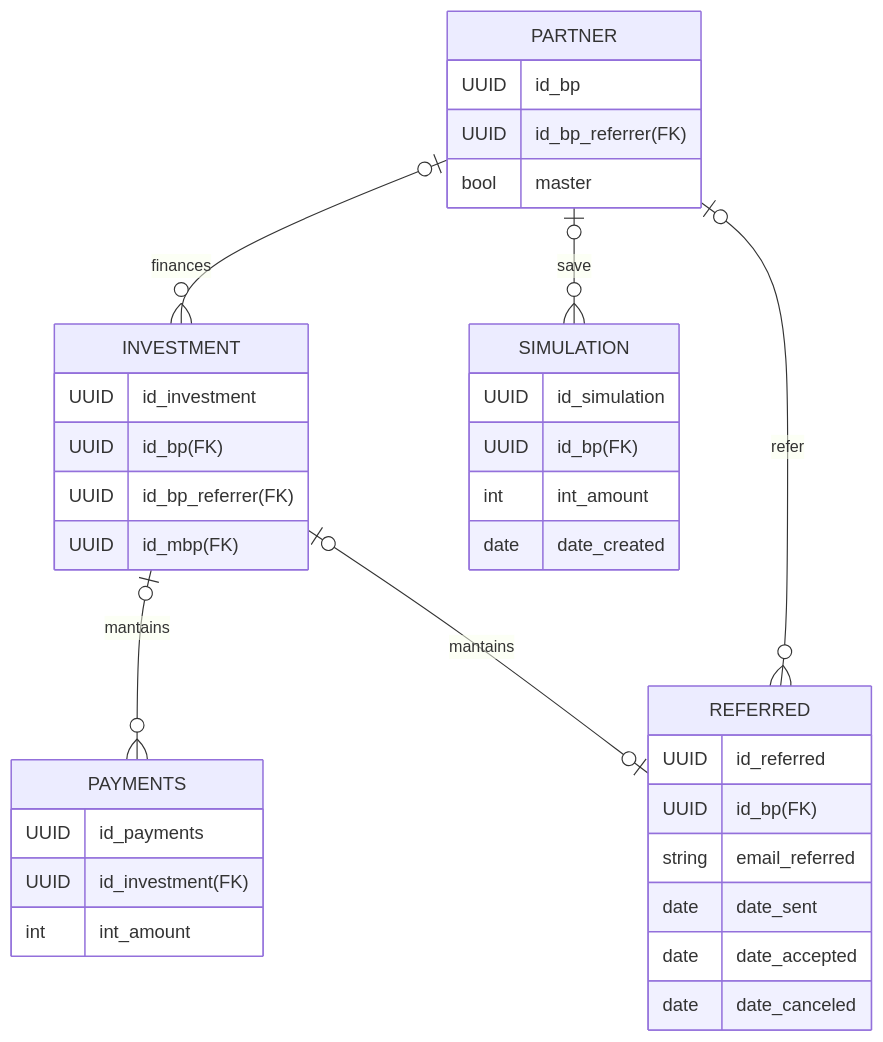
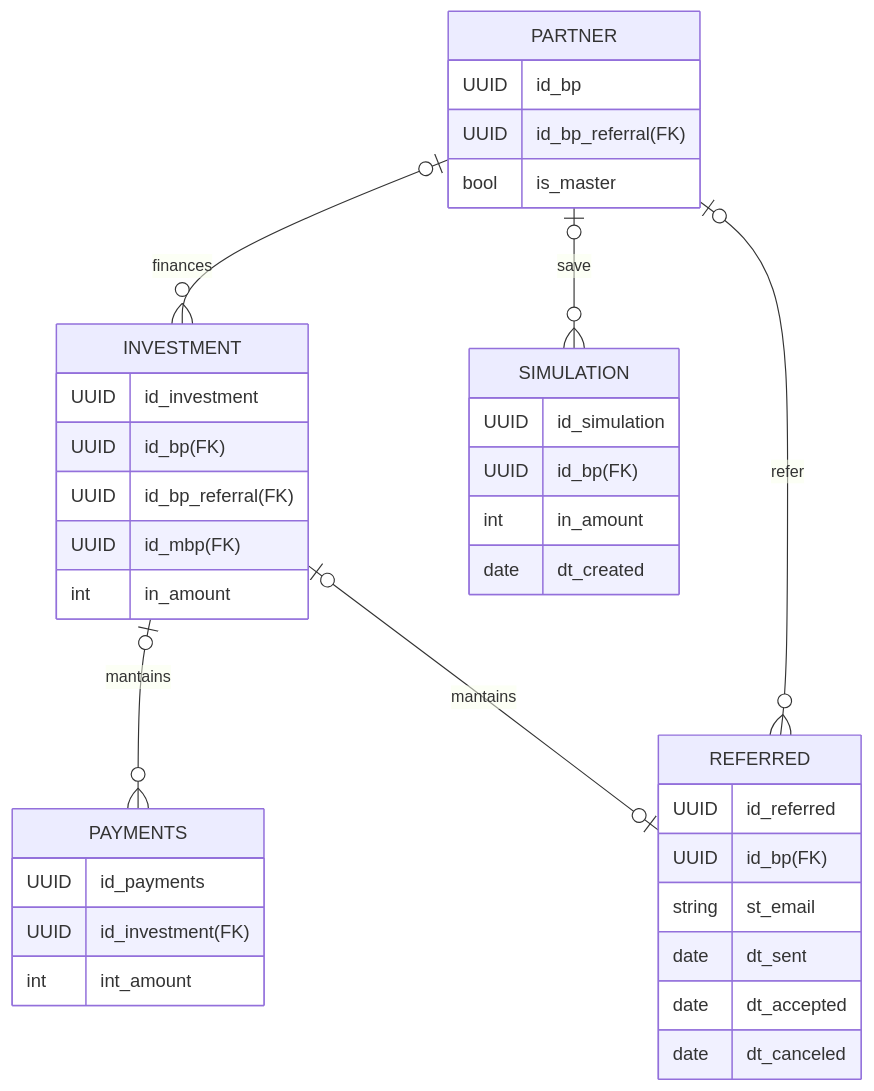
The second of 2 diagrams in Entity–relationship-model.md (git-jrm/management-system), drawn with Mermaid before and after one commit.

````diff
--- a/Entity–relationship-model.md
+++ b/Entity–relationship-model.md
@@ -49,38 +49,39 @@
 ```mermaid
    erDiagram
     PARTNER |o--o{ INVESTMENT : finances
     PARTNER |o--o{ SIMULATION : save
     PARTNER |o--o{ REFERRED : refer
     INVESTMENT |o--o{ PAYMENTS : mantains
     INVESTMENT |o--o| REFERRED : mantains
     PARTNER {
         UUID id_bp
-        UUID id_bp_referrer(FK)
-        bool master
+        UUID id_bp_referral(FK)
+        bool is_master
     }
     SIMULATION {
         UUID id_simulation
         UUID id_bp(FK)
-        int int_amount
-        date date_created
+        int in_amount
+        date dt_created
     }
     INVESTMENT {
         UUID id_investment
         UUID id_bp(FK)
-        UUID id_bp_referrer(FK)
-        UUID id_mbp(FK)       
+        UUID id_bp_referral(FK)
+        UUID id_mbp(FK)
+        int in_amount    
     }
     REFERRED {
         UUID id_referred
         UUID id_bp(FK)
-        string email_referred
-        date date_sent
-        date date_accepted
-        date date_canceled
+        string st_email
+        date dt_sent
+        date dt_accepted
+        date dt_canceled
     }
     PAYMENTS {
         UUID id_payments
         UUID id_investment(FK)
         int int_amount
     }
 ```
````
